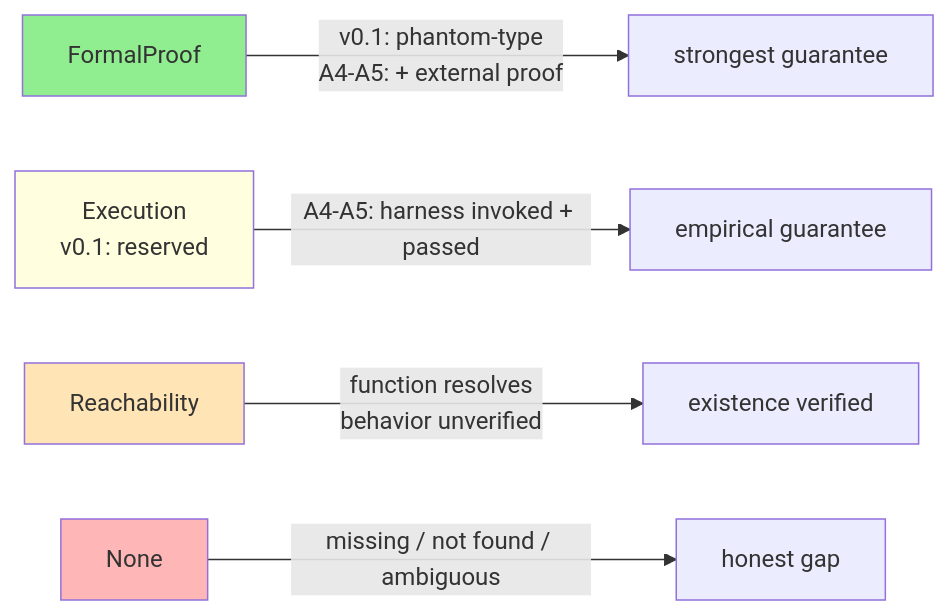
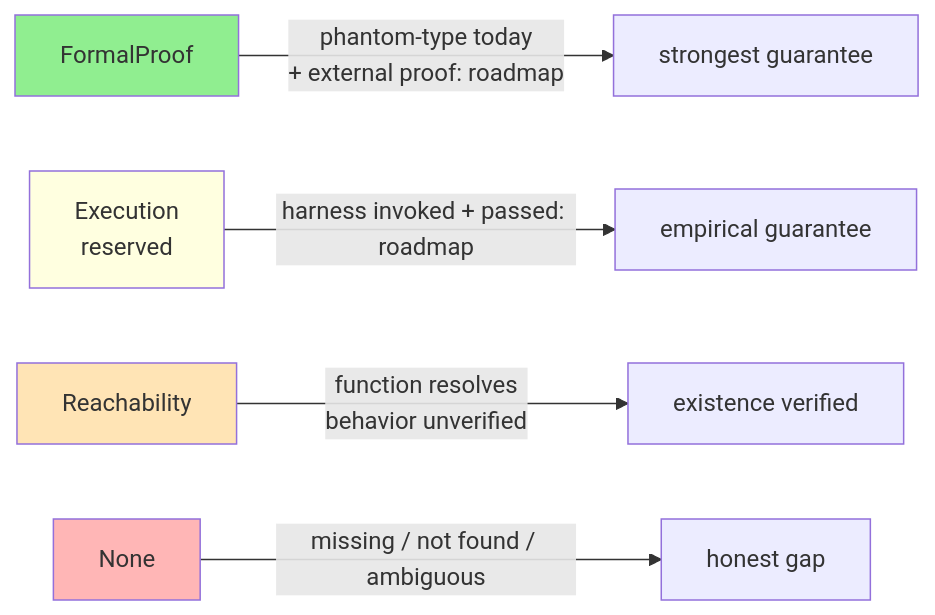
The fourth of 9 diagrams in docs/diagrams.md (antigen-rs/antigen), drawn with Mermaid before and after one commit. The commit also changed other lines of this file and 99 other files, not shown here.

````diff
--- a/docs/diagrams.md
+++ b/docs/diagrams.md
@@ -98,12 +99,12 @@
 ```mermaid
 graph LR
-    F[FormalProof] -->|"v0.1: phantom-type<br/>A4-A5: + external proof"| Strong[strongest guarantee]
-    E[Execution<br/>v0.1: reserved] -->|"A4-A5: harness invoked + passed"| Mid[empirical guarantee]
+    F[FormalProof] -->|"phantom-type today<br/>+ external proof: roadmap"| Strong[strongest guarantee]
+    E[Execution<br/>reserved] -->|"harness invoked + passed: roadmap"| Mid[empirical guarantee]
     R[Reachability] -->|"function resolves<br/>behavior unverified"| Weak[existence verified]
     N[None] -->|"missing / not found / ambiguous"| Gap[honest gap]
 
     style F fill:#90EE90
     style E fill:#FFFFE0
     style R fill:#FFE4B5
     style N fill:#FFB6B6
 ```
````
